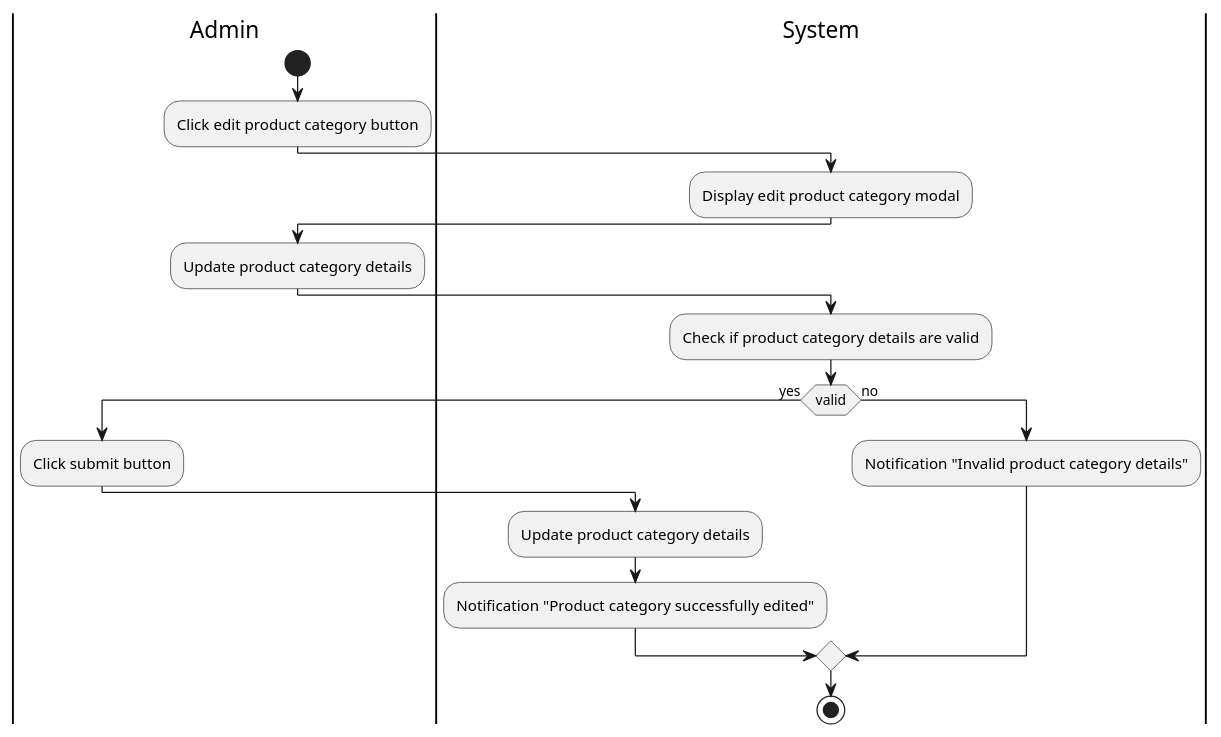
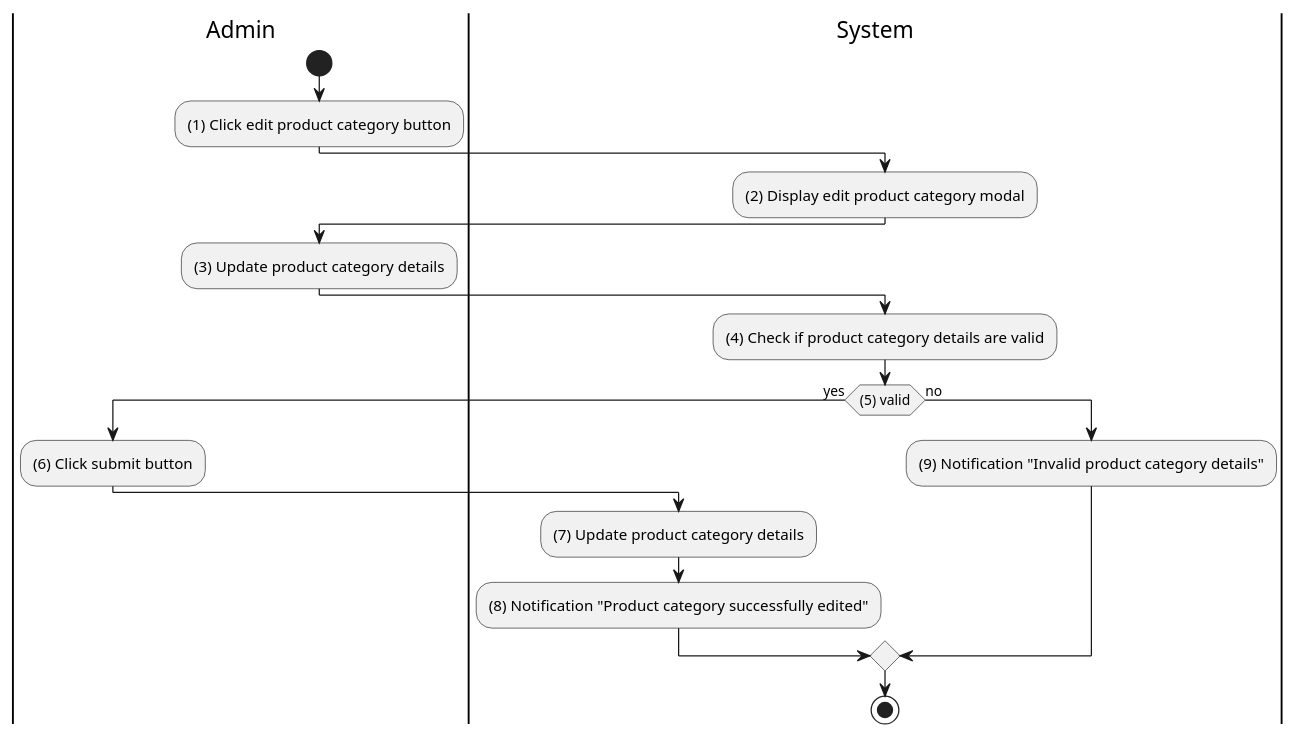
Before and after one commit to tuankietcoderr/SE357-Practice-class: the diagram in Lab1/Lab1.2/Activity/edit-product-category.puml, drawn with PlantUML. The commit also changed 10 other files, not shown here.

```diff
--- a/Lab1/Lab1.2/Activity/edit-product-category.puml
+++ b/Lab1/Lab1.2/Activity/edit-product-category.puml
@@ -1,22 +1,22 @@
 @startuml Edit product category
 |Admin|
 start
-:Click edit product category button;
+:(1) Click edit product category button;
 |System|
-:Display edit product category modal;
+:(2) Display edit product category modal;
 |Admin|
-:Update product category details;
+:(3) Update product category details;
 |System|
-:Check if product category details are valid;
-if (valid) then (yes)
+:(4) Check if product category details are valid;
+if ((5) valid) then (yes)
 |Admin|
-:Click submit button;
+:(6) Click submit button;
 |System|
-:Update product category details;
-:Notification "Product category successfully edited";
+:(7) Update product category details;
+:(8) Notification "Product category successfully edited";
 else (no)
 |System|
-:Notification "Invalid product category details";
+:(9) Notification "Invalid product category details";
 endif
 stop
 @enduml
```
